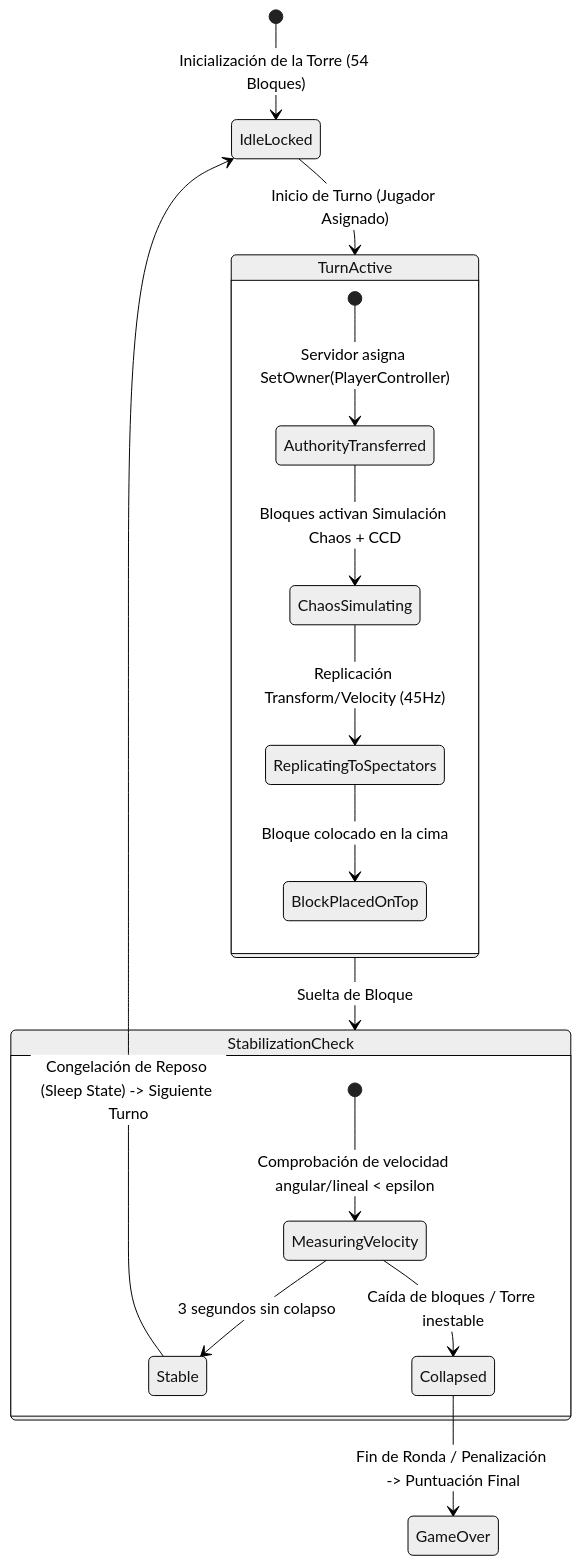
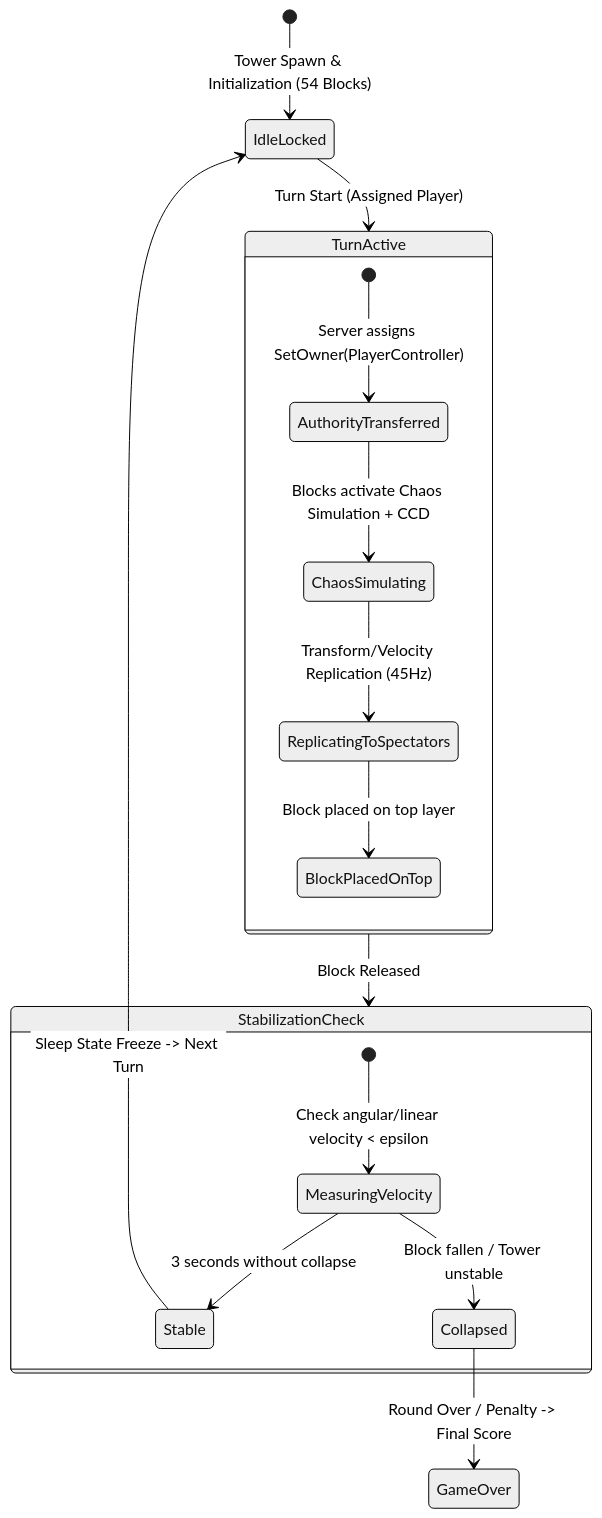
Before and after one commit to emrojo/yenka-vr: the second of 4 diagrams in docs/ARCHITECTURE.md, drawn with Mermaid (neutral theme). The commit also changed other lines of this file and 3 other files, not shown here.

Commit message:
docs: translate all markdown documentation (README, ARCHITECTURE, REQUIREMENTS, DECISION_LOG) to English

````diff
--- a/docs/ARCHITECTURE.md
+++ b/docs/ARCHITECTURE.md
@@ -53,23 +53,23 @@
 ```mermaid
 stateDiagram-v2
-    [*] --> IdleLocked : Inicialización de la Torre (54 Bloques)
-    IdleLocked --> TurnActive : Inicio de Turno (Jugador Asignado)
+    [*] --> IdleLocked : Tower Spawn & Initialization (54 Blocks)
+    IdleLocked --> TurnActive : Turn Start (Assigned Player)
     
     state TurnActive {
-        [*] --> AuthorityTransferred : Servidor asigna SetOwner(PlayerController)
-        AuthorityTransferred --> ChaosSimulating : Bloques activan Simulación Chaos + CCD
-        ChaosSimulating --> ReplicatingToSpectators : Replicación Transform/Velocity (45Hz)
-        ReplicatingToSpectators --> BlockPlacedOnTop : Bloque colocado en la cima
+        [*] --> AuthorityTransferred : Server assigns SetOwner(PlayerController)
+        AuthorityTransferred --> ChaosSimulating : Blocks activate Chaos Simulation + CCD
+        ChaosSimulating --> ReplicatingToSpectators : Transform/Velocity Replication (45Hz)
+        ReplicatingToSpectators --> BlockPlacedOnTop : Block placed on top layer
     }
 
-    TurnActive --> StabilizationCheck : Suelta de Bloque
+    TurnActive --> StabilizationCheck : Block Released
     
     state StabilizationCheck {
-        [*] --> MeasuringVelocity : Comprobación de velocidad angular/lineal < epsilon
-        MeasuringVelocity --> Stable : 3 segundos sin colapso
-        MeasuringVelocity --> Collapsed : Caída de bloques / Torre inestable
+        [*] --> MeasuringVelocity : Check angular/linear velocity < epsilon
+        MeasuringVelocity --> Stable : 3 seconds without collapse
+        MeasuringVelocity --> Collapsed : Block fallen / Tower unstable
     }
 
-    Stable --> IdleLocked : Congelación de Reposo (Sleep State) -> Siguiente Turno
-    Collapsed --> GameOver : Fin de Ronda / Penalización -> Puntuación Final
+    Stable --> IdleLocked : Sleep State Freeze -> Next Turn
+    Collapsed --> GameOver : Round Over / Penalty -> Final Score
 ```
````
